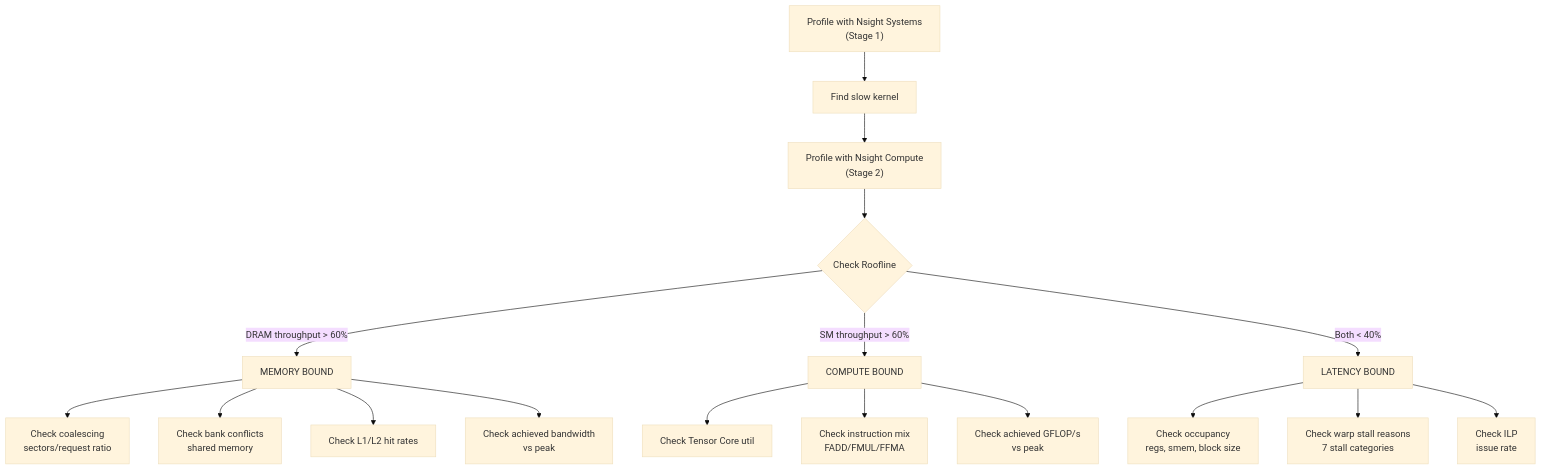
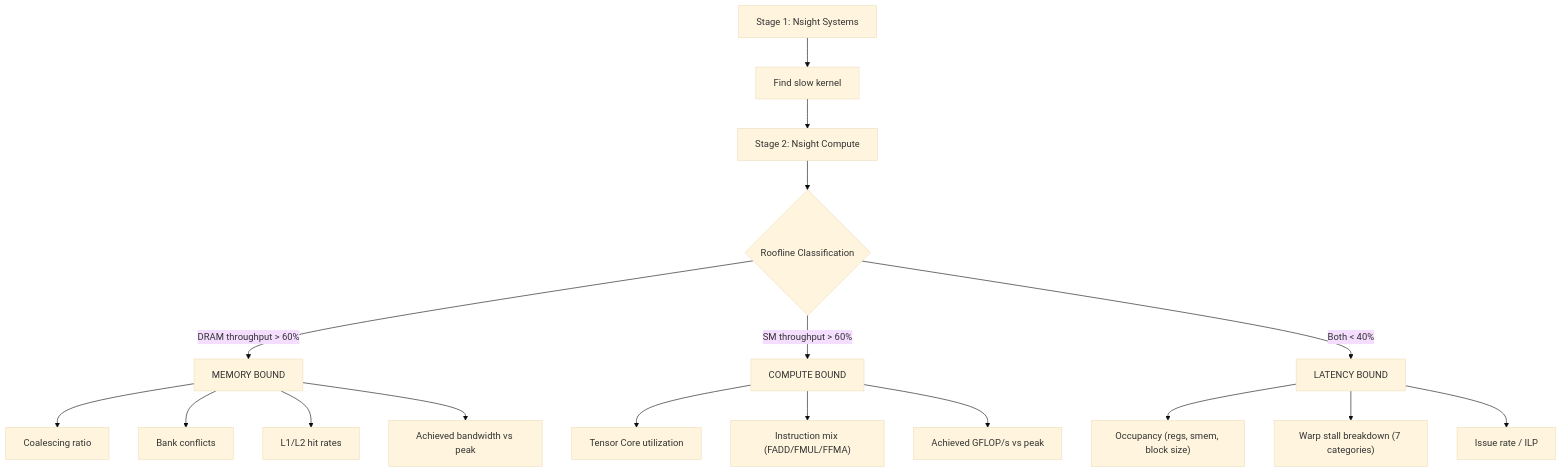
One commit to arun-reddy-a/llm-sys-project changed the diagram in docs/moe/PROFILING.md. Above: the diagram before and after it, drawn with Mermaid (base theme). The commit also changed other lines of this file and 6 other files, not shown here.

````diff
--- a/docs/moe/PROFILING.md
+++ b/docs/moe/PROFILING.md
@@ -17,22 +39,22 @@
 ```mermaid
 graph TD
-    A["Profile with Nsight Systems<br/>(Stage 1)"] --> B["Find slow kernel"]
-    B --> C["Profile with Nsight Compute<br/>(Stage 2)"]
-    C --> D{"Check Roofline"}
+    A["Stage 1: Nsight Systems"] --> B["Find slow kernel"]
+    B --> C["Stage 2: Nsight Compute"]
+    C --> D{"Roofline Classification"}
     D -->|"DRAM throughput > 60%"| E["MEMORY BOUND"]
     D -->|"SM throughput > 60%"| F["COMPUTE BOUND"]
     D -->|"Both < 40%"| G["LATENCY BOUND"]
     
-    E --> E1["Check coalescing<br/>sectors/request ratio"]
-    E --> E2["Check bank conflicts<br/>shared memory"]
-    E --> E3["Check L1/L2 hit rates"]
-    E --> E4["Check achieved bandwidth<br/>vs peak"]
+    E --> E1["Coalescing ratio"]
+    E --> E2["Bank conflicts"]
+    E --> E3["L1/L2 hit rates"]
+    E --> E4["Achieved bandwidth vs peak"]
     
-    F --> F1["Check Tensor Core util"]
-    F --> F2["Check instruction mix<br/>FADD/FMUL/FFMA"]
-    F --> F3["Check achieved GFLOP/s<br/>vs peak"]
+    F --> F1["Tensor Core utilization"]
+    F --> F2["Instruction mix (FADD/FMUL/FFMA)"]
+    F --> F3["Achieved GFLOP/s vs peak"]
     
-    G --> G1["Check occupancy<br/>regs, smem, block size"]
-    G --> G2["Check warp stall reasons<br/>7 stall categories"]
-    G --> G3["Check ILP<br/>issue rate"]
+    G --> G1["Occupancy (regs, smem, block size)"]
+    G --> G2["Warp stall breakdown (7 categories)"]
+    G --> G3["Issue rate / ILP"]
 ```
````
